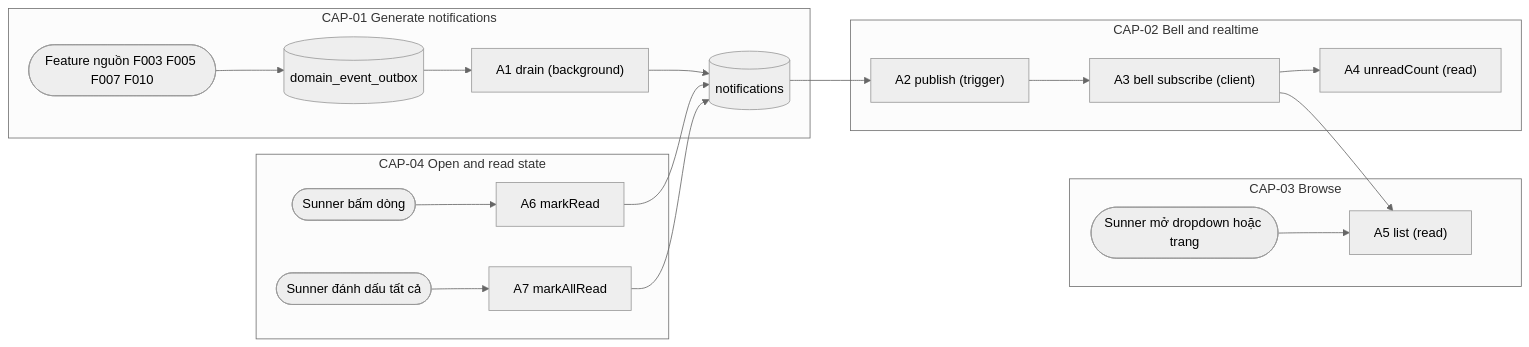
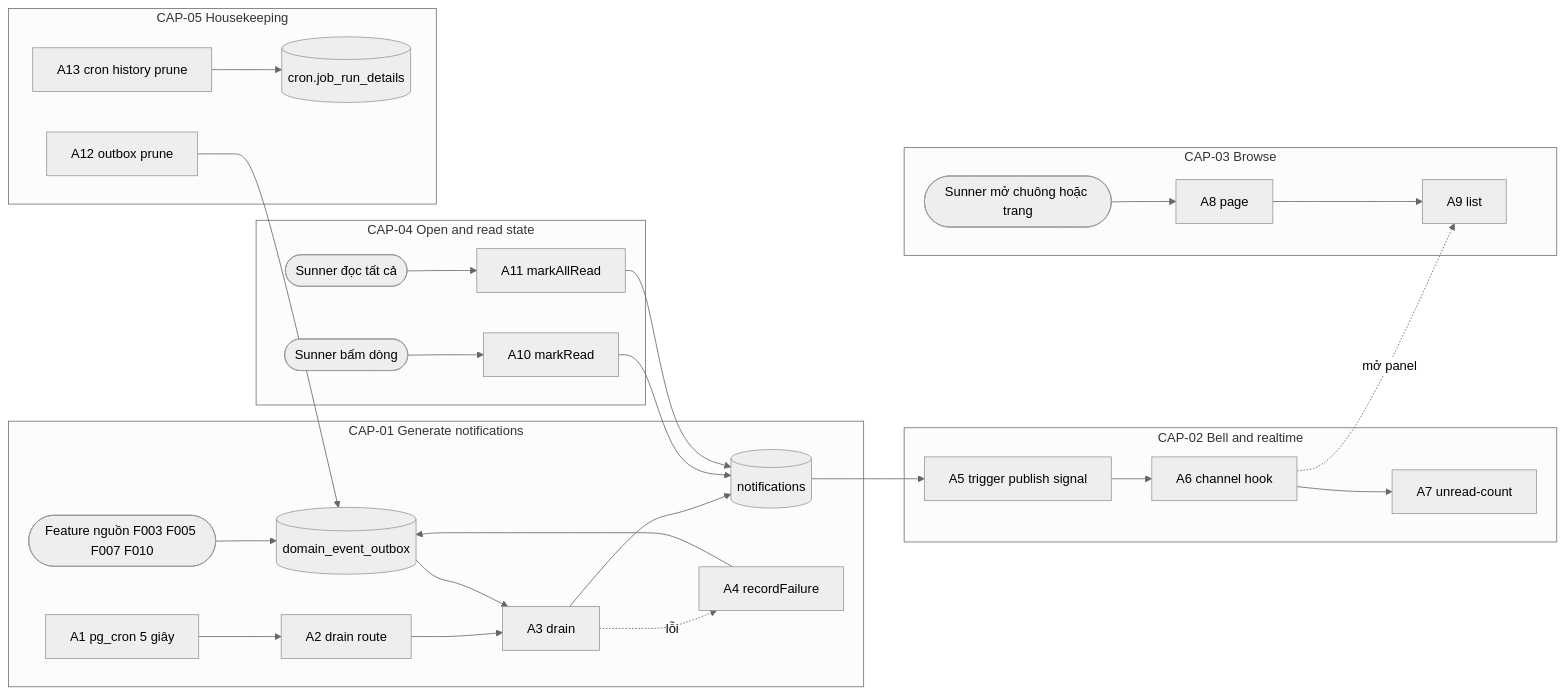
Before and after one commit to hailv-3571/agentic-coding-hands-on: the first of 8 diagrams in docs/features/F013_Notifications/technical-spec.md, drawn with Mermaid (neutral theme). The commit also changed other lines of this file and 152 other files, not shown here.

````diff
--- a/docs/features/F013_Notifications/technical-spec.md
+++ b/docs/features/F013_Notifications/technical-spec.md
@@ -23,19 +22,25 @@
 ```mermaid
 flowchart LR
     subgraph CAP01["CAP-01 Generate notifications"]
-        P(["Feature nguồn F003 F005 F007 F010"]) --> O[("domain_event_outbox")]
-        O --> A1["A1 drain (background)"] --> N[("notifications")]
+        SRC(["Feature nguồn F003 F005 F007 F010"]) --> OBX[("domain_event_outbox")]
+        A1["A1 pg_cron 5 giây"] --> A2["A2 drain route"] --> A3["A3 drain"]
+        OBX --> A3 --> NTF[("notifications")]
+        A3 -. lỗi .-> A4["A4 recordFailure"] --> OBX
     end
     subgraph CAP02["CAP-02 Bell and realtime"]
-        N --> A2["A2 publish (trigger)"] --> A3["A3 bell subscribe (client)"]
-        A3 --> A4["A4 unreadCount (read)"]
+        NTF --> A5["A5 trigger publish signal"] --> A6["A6 channel hook"]
+        A6 --> A7["A7 unread-count"]
     end
     subgraph CAP03["CAP-03 Browse"]
-        U1([Sunner mở dropdown hoặc trang]) --> A5["A5 list (read)"]
+        U1(["Sunner mở chuông hoặc trang"]) --> A8["A8 page"] --> A9["A9 list"]
+        A6 -. mở panel .-> A9
     end
     subgraph CAP04["CAP-04 Open and read state"]
-        U2([Sunner bấm dòng]) --> A6["A6 markRead"] --> N
-        U3([Sunner đánh dấu tất cả]) --> A7["A7 markAllRead"] --> N
+        U2(["Sunner bấm dòng"]) --> A10["A10 markRead"] --> NTF
+        U3(["Sunner đọc tất cả"]) --> A11["A11 markAllRead"] --> NTF
     end
-    A3 --> A5
+    subgraph CAP05["CAP-05 Housekeeping"]
+        A12["A12 outbox prune"] --> OBX
+        A13["A13 cron history prune"] --> CRH[("cron.job_run_details")]
+    end
 ```
````
